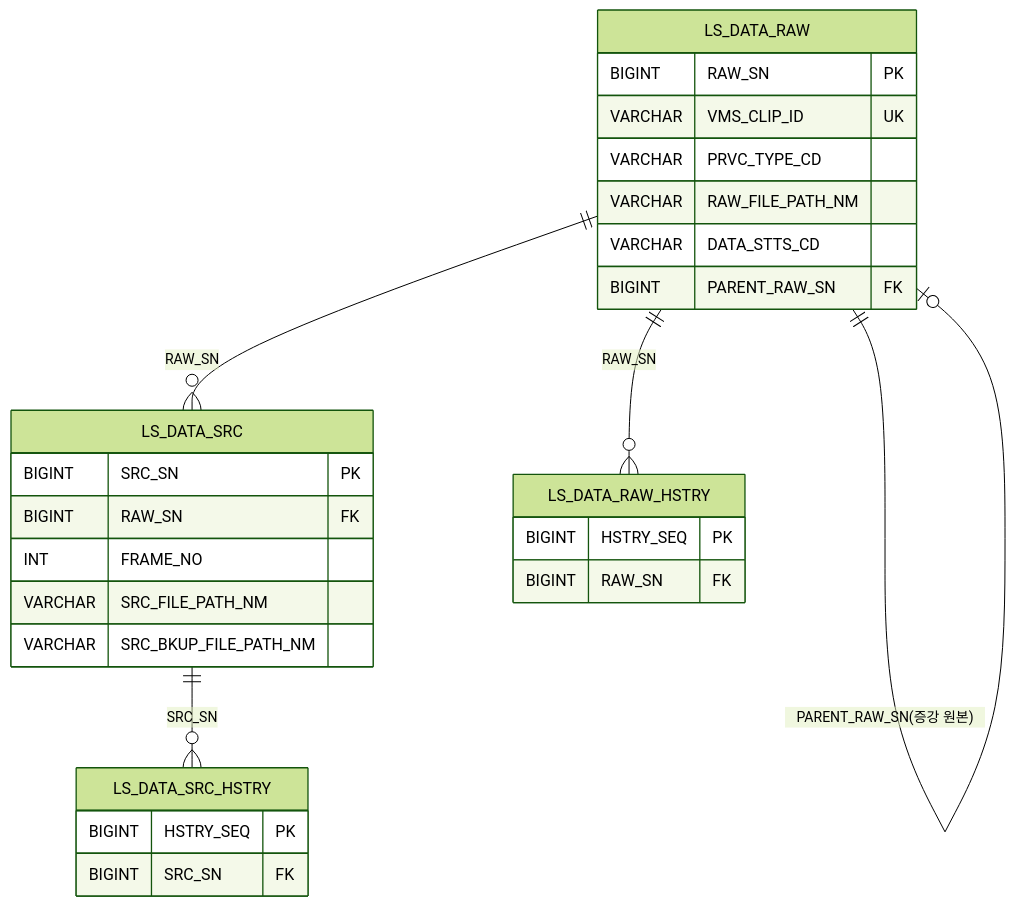
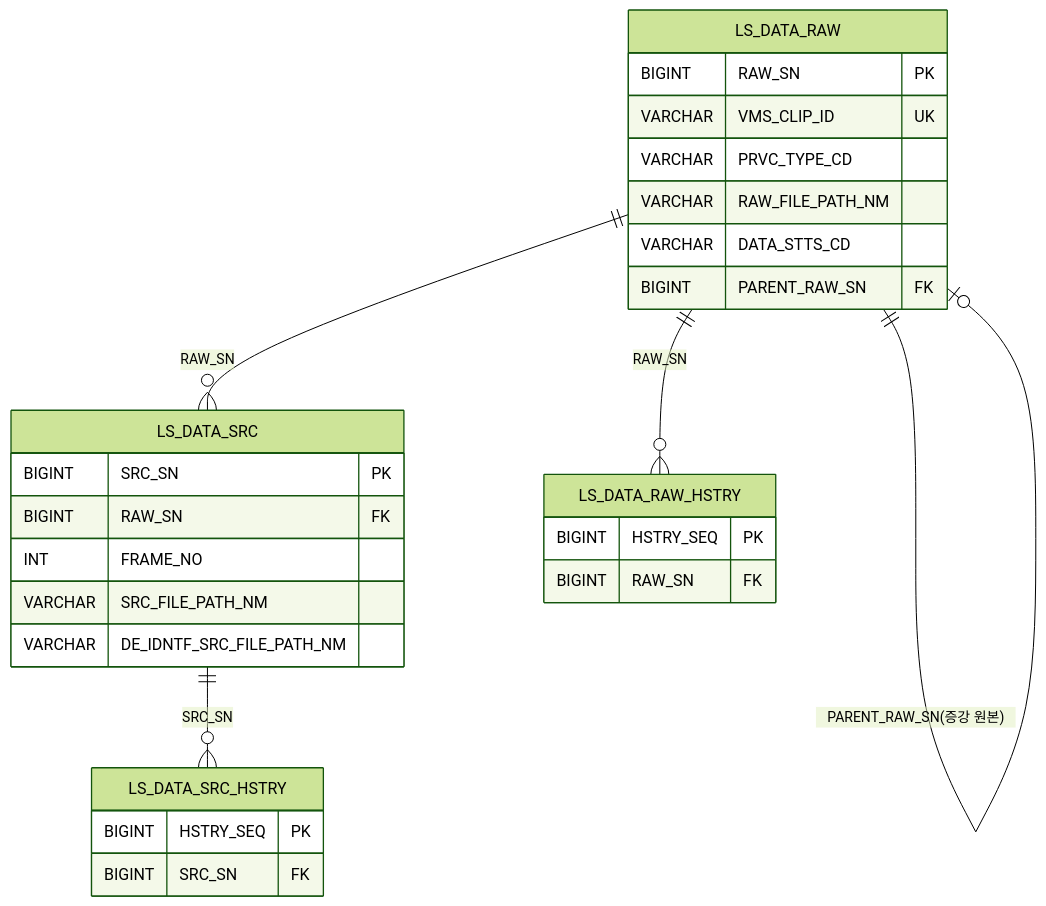
The first of 7 diagrams in docs/design/D8-엔티티관계모형설계서.md (New-stella/klid-label), drawn with Mermaid (forest theme) before and after one commit. The commit also changed other lines of this file and 16 other files, not shown here.

First line of the commit message:
refactor(db): 비식별 산출물 컬럼명 정의불일치 정정 (BKUP/ORGN→DE_IDNTF/ORGNL)

````diff
--- a/docs/design/D8-엔티티관계모형설계서.md
+++ b/docs/design/D8-엔티티관계모형설계서.md
@@ -50,31 +50,31 @@
 ```mermaid
 erDiagram
     LS_DATA_RAW ||--o{ LS_DATA_SRC : "RAW_SN"
     LS_DATA_RAW ||--o{ LS_DATA_RAW_HSTRY : "RAW_SN"
     LS_DATA_RAW ||--o| LS_DATA_RAW : "PARENT_RAW_SN(증강 원본)"
     LS_DATA_SRC ||--o{ LS_DATA_SRC_HSTRY : "SRC_SN"
 
     LS_DATA_RAW {
         BIGINT RAW_SN PK
         VARCHAR VMS_CLIP_ID UK
         VARCHAR PRVC_TYPE_CD
         VARCHAR RAW_FILE_PATH_NM
         VARCHAR DATA_STTS_CD
         BIGINT PARENT_RAW_SN FK
     }
     LS_DATA_SRC {
         BIGINT SRC_SN PK
         BIGINT RAW_SN FK
         INT FRAME_NO
         VARCHAR SRC_FILE_PATH_NM
-        VARCHAR SRC_BKUP_FILE_PATH_NM
+        VARCHAR DE_IDNTF_SRC_FILE_PATH_NM
     }
     LS_DATA_RAW_HSTRY {
         BIGINT HSTRY_SEQ PK
         BIGINT RAW_SN FK
     }
     LS_DATA_SRC_HSTRY {
         BIGINT HSTRY_SEQ PK
         BIGINT SRC_SN FK
     }
 ```
````
